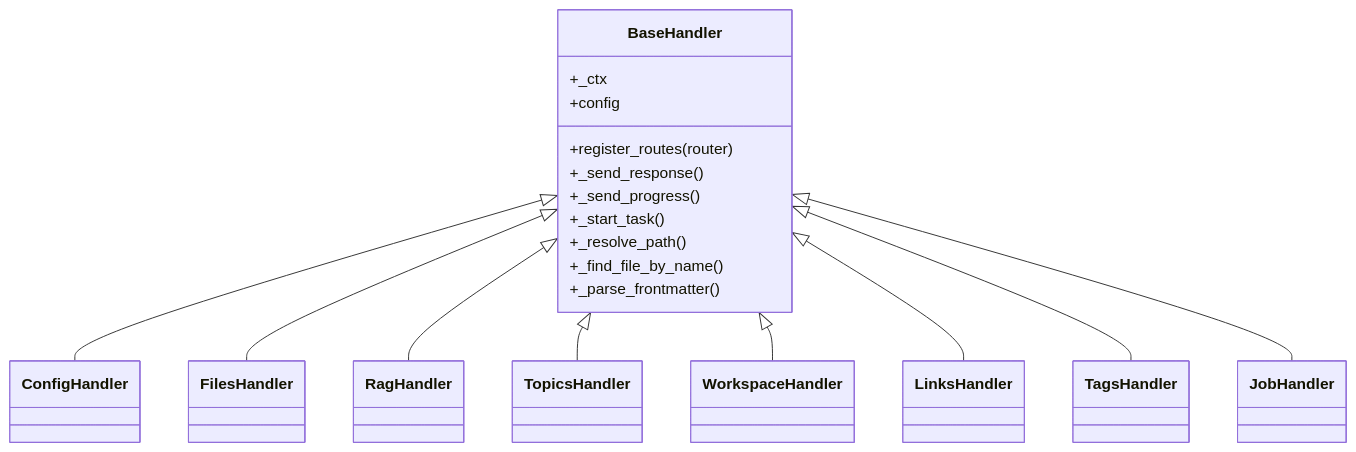
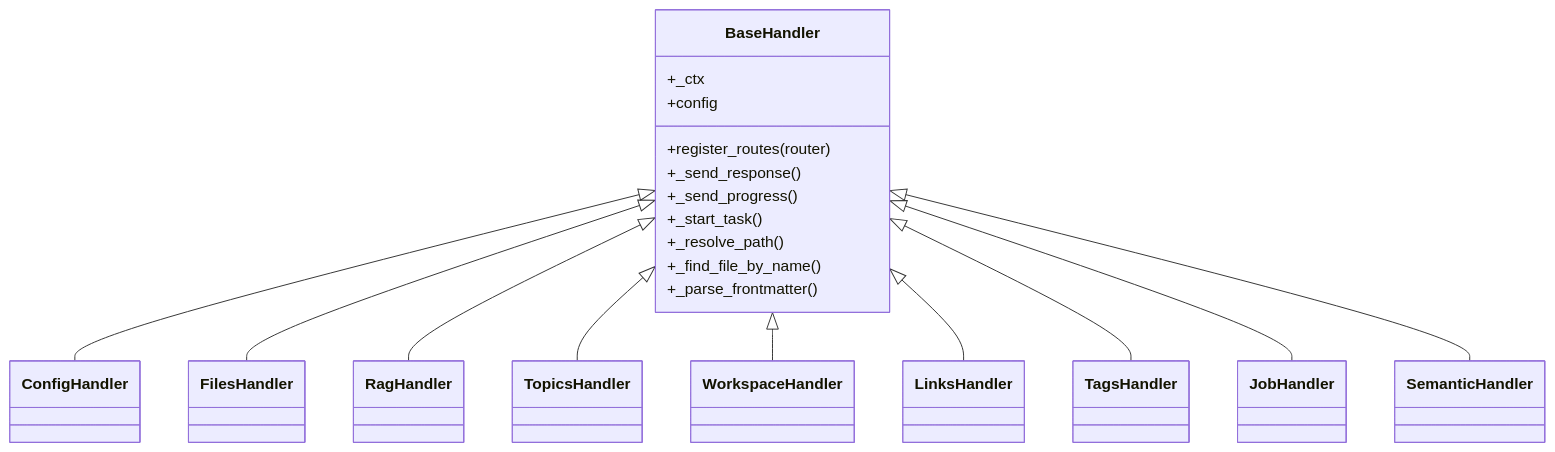
Before and after one commit to Miles128/NoteAI: the third of 3 diagrams in .qoder/repowiki/zh/content/API 参考文档/JSON-RPC API/JSON-RPC API.md, drawn with Mermaid. The commit also changed other lines of this file and 169 other files, not shown here.

````diff
--- a/.qoder/repowiki/zh/content/API 参考文档/JSON-RPC API/JSON-RPC API.md
+++ b/.qoder/repowiki/zh/content/API 参考文档/JSON-RPC API/JSON-RPC API.md
@@ -376,30 +453,32 @@
 ```mermaid
 classDiagram
 class BaseHandler {
 +register_routes(router)
 +_ctx
 +config
 +_send_response()
 +_send_progress()
 +_start_task()
 +_resolve_path()
 +_find_file_by_name()
 +_parse_frontmatter()
 }
 class ConfigHandler
 class FilesHandler
 class RagHandler
 class TopicsHandler
 class WorkspaceHandler
 class LinksHandler
 class TagsHandler
 class JobHandler
+class SemanticHandler
 BaseHandler <|-- ConfigHandler
 BaseHandler <|-- FilesHandler
 BaseHandler <|-- RagHandler
 BaseHandler <|-- TopicsHandler
 BaseHandler <|-- WorkspaceHandler
 BaseHandler <|-- LinksHandler
 BaseHandler <|-- TagsHandler
 BaseHandler <|-- JobHandler
+BaseHandler <|-- SemanticHandler
 ```
````
